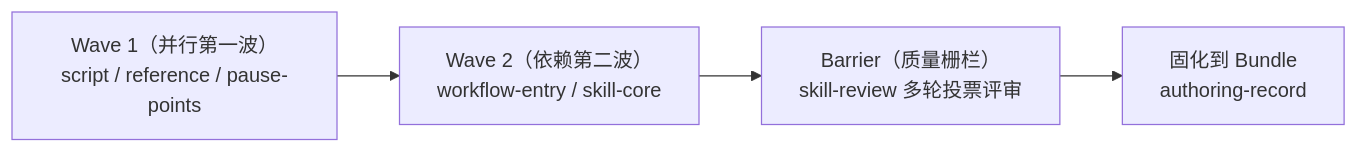
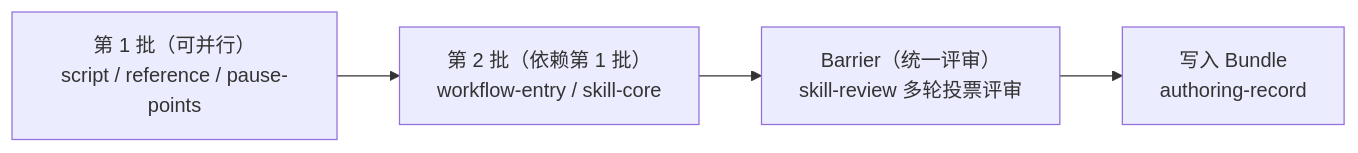
The second of 2 diagrams in zh/cli/bundle.mdx (rpamis/comet-website-docs), drawn with Mermaid before and after one commit. The commit also changed other lines of this file and 102 other files, not shown here.

````diff
--- a/zh/cli/bundle.mdx
+++ b/zh/cli/bundle.mdx
@@ -63,6 +63,6 @@
 ```mermaid
 flowchart LR
-    W1["Wave 1（并行第一波）<br/>script / reference / pause-points"] --> W2["Wave 2（依赖第二波）<br/>workflow-entry / skill-core"]
-    W2 --> B["Barrier（质量栅栏）<br/>skill-review 多轮投票评审"]
-    B --> R["固化到 Bundle<br/>authoring-record"]
+    W1["第 1 批（可并行）<br/>script / reference / pause-points"] --> W2["第 2 批（依赖第 1 批）<br/>workflow-entry / skill-core"]
+    W2 --> B["Barrier（统一评审）<br/>skill-review 多轮投票评审"]
+    B --> R["写入 Bundle<br/>authoring-record"]
 ```
````
